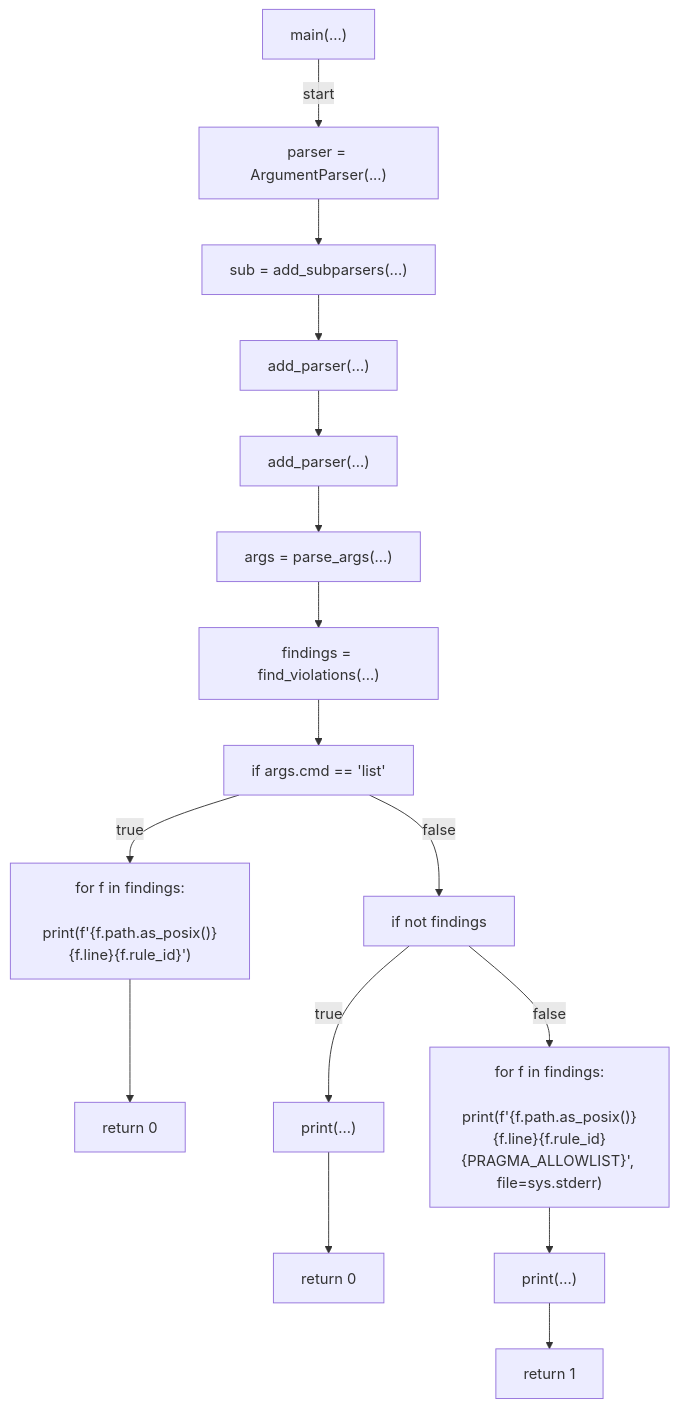
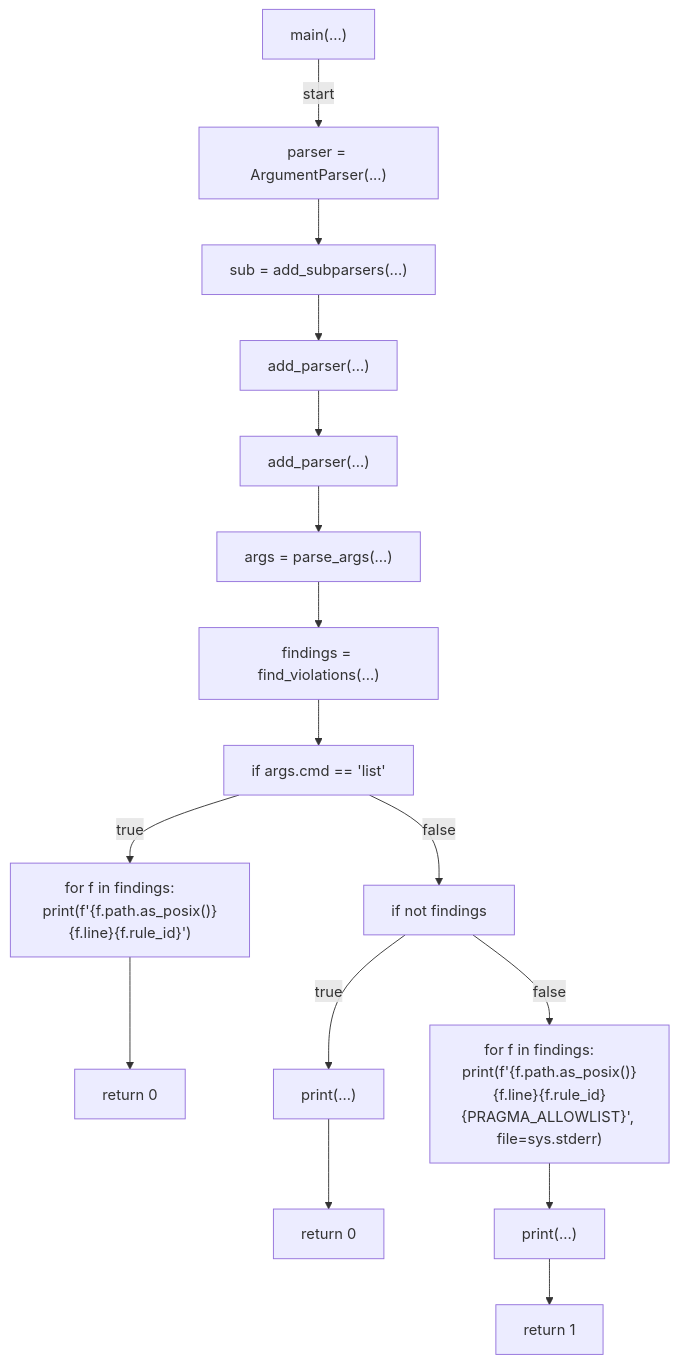
The fifth of 5 diagrams in docs/generated/scripts/ast/scan_secrets.md (tvna/claude-md), drawn with Mermaid before and after one commit. The commit also changed other lines of this file and 23 other files, not shown here.

First line of the commit message:
docs(generated): regenerate decision tree and workflow diagrams (batch 4/5)

````diff
--- a/docs/generated/scripts/ast/scan_secrets.md
+++ b/docs/generated/scripts/ast/scan_secrets.md
@@ -83,36 +74,34 @@
 ```mermaid
 flowchart TD
     N001["main(...)"]
     N002["parser = ArgumentParser(...)"]
     N003["sub = add_subparsers(...)"]
     N004["add_parser(...)"]
     N005["add_parser(...)"]
     N006["args = parse_args(...)"]
     N007["findings = find_violations(...)"]
     N008["if args.cmd == 'list'"]
-    N009["for f in findings:
-    print(f'{f.path.as_posix()}<str>{f.line}<str>{f.rule_id}<str>')"]
+    N009["for f in findings:     print(f'{f.path.as_posix()}<str>{f.line}<str>{f.rule_id}<str>')"]
     N010["return 0"]
     N011["if not findings"]
     N012["print(...)"]
     N013["return 0"]
-    N014["for f in findings:
-    print(f'<str>{f.path.as_posix()}<str>{f.line}<str>{f.rule_id}<str>{PRAGMA_ALLOWLIST}<str>', file=sys.stderr)"]
+    N014["for f in findings:     print(f'<str>{f.path.as_posix()}<str>{f.line}<str>{f.rule_id}<str>{PRAGMA_ALLOWLIST}<str>', file=sys.stderr)"]
     N015["print(...)"]
     N016["return 1"]
     N001 -->|"start"| N002
     N002 --> N003
     N003 --> N004
     N004 --> N005
     N005 --> N006
     N006 --> N007
     N007 --> N008
     N008 -->|"true"| N009
     N009 --> N010
     N008 -->|"false"| N011
     N011 -->|"true"| N012
     N012 --> N013
     N011 -->|"false"| N014
     N014 --> N015
     N015 --> N016
 ```
````
